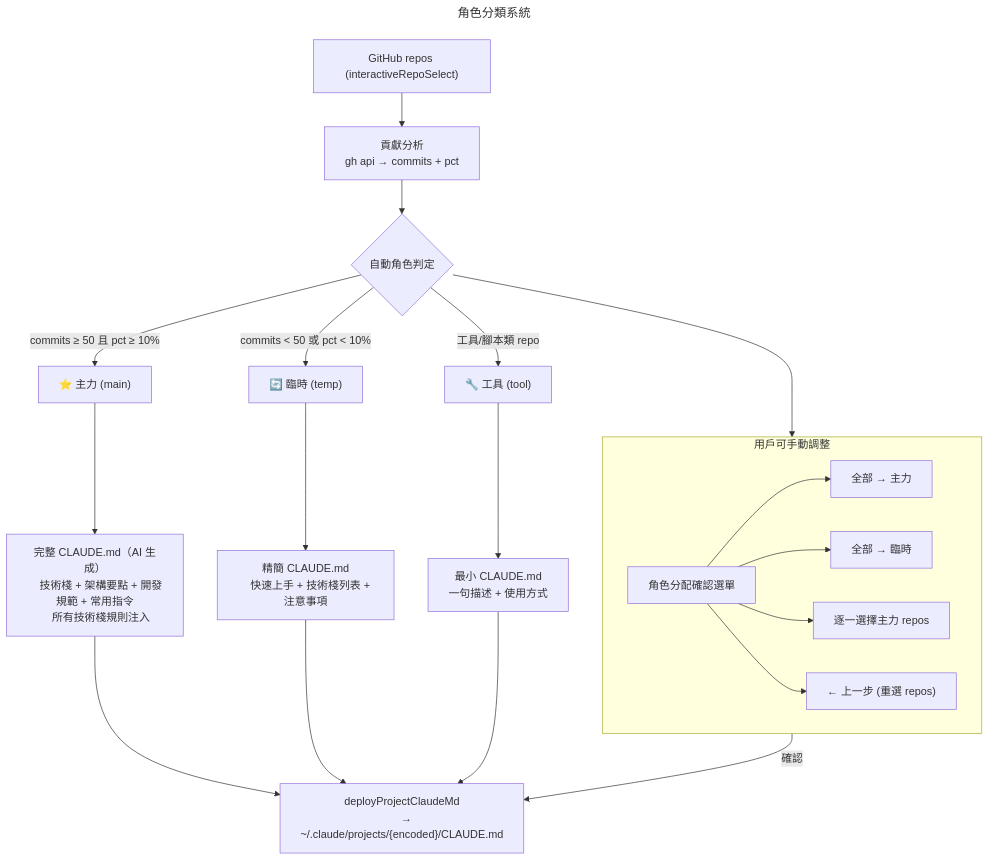
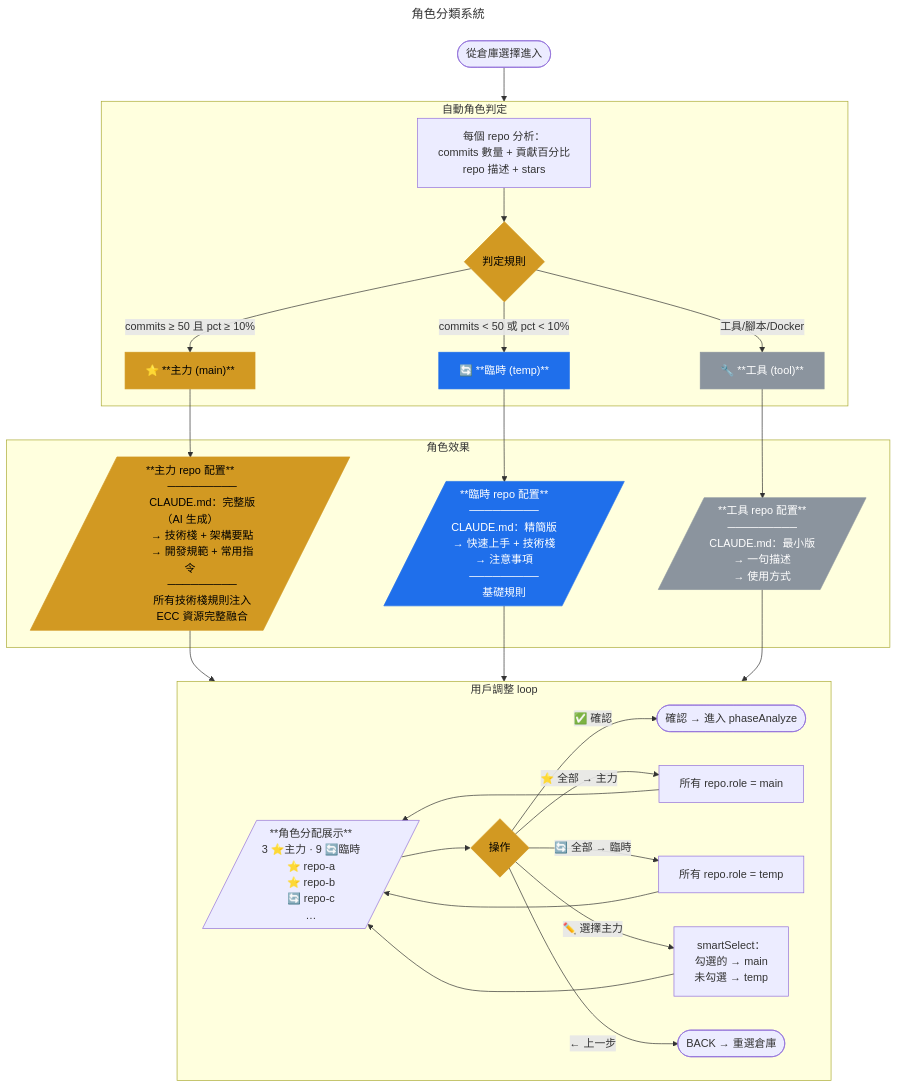
The diagram in docs/flows/role-system.mmd (AlvinBian/ab-dotfiles), drawn with Mermaid before and after one commit. The commit also changed 9 other files, not shown here.

First line of the commit message:
feat(flow): 流程圖全面細化 + click 節點跳轉 + 色彩分類

```diff
--- a/docs/flows/role-system.mmd
+++ b/docs/flows/role-system.mmd
@@ -1,42 +1,75 @@
 ---
 title: 角色分類系統
-description: repo 自動分析 → 角色判定 → CLAUDE.md 策略
+description: 自動分析 → 角色判定 → CLAUDE.md 生成策略 → 用戶調整
 links:
-  - setup-main: 返回主流程
-  - phase-plan: 計畫確認（可調整角色）
+  - repo-select: 倉庫選擇
+  - phase-execute: 安裝執行（CLAUDE.md 生成在 Step 5）
 ---
 flowchart TD
-    Repos["GitHub repos (interactiveRepoSelect)"] --> Contrib["貢獻分析
-    gh api → commits + pct"]
+    Entry(["從倉庫選擇進入"]) --> Analyze
 
-    Contrib --> Auto{自動角色判定}
-
-    Auto -->|"commits ≥ 50 且 pct ≥ 10%"| Main["⭐ 主力 (main)"]
-    Auto -->|"commits < 50 或 pct < 10%"| Temp["🔄 臨時 (temp)"]
-    Auto -->|"工具/腳本類 repo"| Tool["🔧 工具 (tool)"]
-
-    Main --> MainEffect["完整 CLAUDE.md（AI 生成）
-    技術棧 + 架構要點 + 開發規範 + 常用指令
-    所有技術棧規則注入"]
-
-    Temp --> TempEffect["精簡 CLAUDE.md
-    快速上手 + 技術棧列表 + 注意事項"]
-
-    Tool --> ToolEffect["最小 CLAUDE.md
-    一句描述 + 使用方式"]
-
-    MainEffect --> Deploy["deployProjectClaudeMd
-    → ~/.claude/projects/{encoded}/CLAUDE.md"]
-    TempEffect --> Deploy
-    ToolEffect --> Deploy
-
-    subgraph UserAdjust [用戶可手動調整]
-        UA1["角色分配確認選單"]
-        UA1 --> UA2["全部 → 主力"]
-        UA1 --> UA3["全部 → 臨時"]
-        UA1 --> UA4["逐一選擇主力 repos"]
-        UA1 --> UA5["← 上一步 (重選 repos)"]
+    subgraph Analyze ["自動角色判定"]
+        A1["每個 repo 分析：
+        commits 數量 + 貢獻百分比
+        repo 描述 + stars"]
+        A1 --> A2{判定規則}
+        A2 -->|"commits ≥ 50 且 pct ≥ 10%"| Main["⭐ **主力 (main)**"]
+        A2 -->|"commits < 50 或 pct < 10%"| Temp["🔄 **臨時 (temp)**"]
+        A2 -->|"工具/腳本/Docker"| Tool["🔧 **工具 (tool)**"]
     end
 
-    Auto --> UserAdjust
-    UserAdjust -->|確認| Deploy
+    subgraph Effects ["角色效果"]
+        Main --> ME[/"**主力 repo 配置**
+        ─────────
+        CLAUDE.md：完整版（AI 生成）
+        → 技術棧 + 架構要點
+        → 開發規範 + 常用指令
+        ─────────
+        所有技術棧規則注入
+        ECC 資源完整融合"/]
+
+        Temp --> TE[/"**臨時 repo 配置**
+        ─────────
+        CLAUDE.md：精簡版
+        → 快速上手 + 技術棧
+        → 注意事項
+        ─────────
+        基礎規則"/]
+
+        Tool --> TLE[/"**工具 repo 配置**
+        ─────────
+        CLAUDE.md：最小版
+        → 一句描述
+        → 使用方式"/]
+    end
+
+    subgraph UserAdjust ["用戶調整 loop"]
+        U1[/"**角色分配展示**
+        3 ⭐主力 · 9 🔄臨時
+        ⭐ repo-a
+        ⭐ repo-b
+        🔄 repo-c
+        …"/]
+        U1 --> U2{操作}
+        U2 -->|"✅ 確認"| Confirmed([確認 → 進入 phaseAnalyze])
+        U2 -->|"⭐ 全部 → 主力"| U3["所有 repo.role = main"] --> U1
+        U2 -->|"🔄 全部 → 臨時"| U4["所有 repo.role = temp"] --> U1
+        U2 -->|"✏️ 選擇主力"| U5["smartSelect：
+        勾選的 → main
+        未勾選 → temp"] --> U1
+        U2 -->|"← 上一步"| Back([BACK → 重選倉庫])
+    end
+
+    ME --> UserAdjust
+    TE --> UserAdjust
+    TLE --> UserAdjust
+
+    classDef main fill:#d29922,color:#000,stroke:#d29922
+    classDef temp fill:#1f6feb,color:#fff,stroke:#1f6feb
+    classDef tool fill:#8b949e,color:#fff,stroke:#8b949e
+    classDef decision fill:#d29922,color:#000,stroke:#d29922
+
+    class Main,ME main
+    class Temp,TE temp
+    class Tool,TLE tool
+    class A2,U2 decision
```
